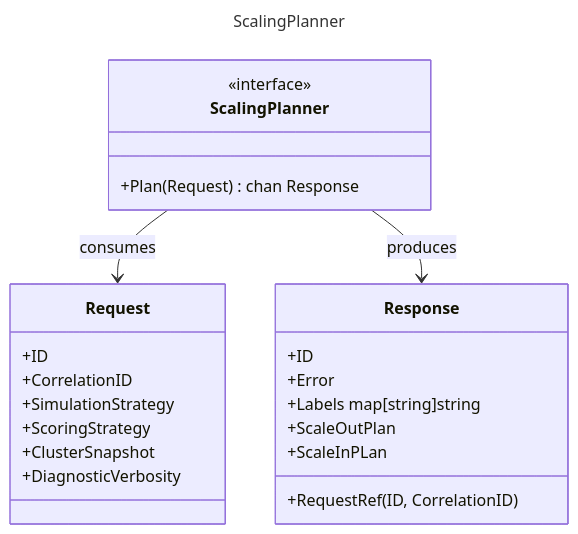
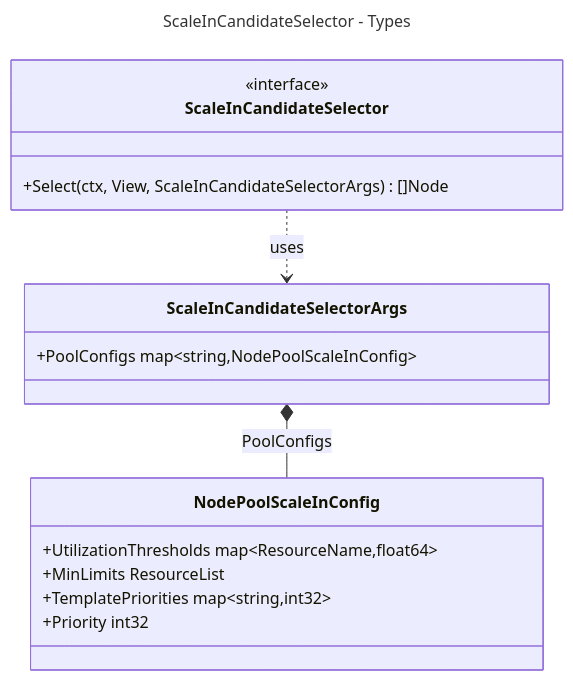
The sixth of 8 diagrams in docs/design.md (gardener/scaling-advisor), drawn with Mermaid before and after one commit. The commit also changed other lines of this file and 3 other files, not shown here.

First line of the commit message:
api-refactor: add ScaleInCandidateSelector, NodePoolScaleInConfig; expand design doc

````diff
--- a/docs/design.md
+++ b/docs/design.md
@@ -29,28 +364,22 @@
 ```mermaid
 ---
-title: ScalingPlanner
+title: ScaleInCandidateSelector - Types
 ---
 classDiagram
-    class ScalingPlanner {
+    class ScaleInCandidateSelector {
         <<interface>>
-        +Plan(Request) chan Response
+        +Select(ctx, View, ScaleInCandidateSelectorArgs) []Node
     }
-    class Request {
-       +ID
-       +CorrelationID
-       +SimulationStrategy
-       +ScoringStrategy
-       +ClusterSnapshot
-       +DiagnosticVerbosity
+    class ScaleInCandidateSelectorArgs {
+        +PoolConfigs map~string,NodePoolScaleInConfig~
     }
-    class Response {
-      +ID
-      +RequestRef(ID, CorrelationID)
-      +Error
-      +Labels map[string]string 
-      +ScaleOutPlan
-      +ScaleInPLan
+    class NodePoolScaleInConfig {
+        +UtilizationThresholds map~ResourceName,float64~
+        +MinLimits ResourceList
+        +TemplatePriorities map~string,int32~
+        +Priority int32
     }
-    ScalingPlanner-->Request:consumes
-    ScalingPlanner-->Response:produces
+
+    ScaleInCandidateSelector ..> ScaleInCandidateSelectorArgs : uses
+    ScaleInCandidateSelectorArgs *-- NodePoolScaleInConfig : PoolConfigs
 ```
````
